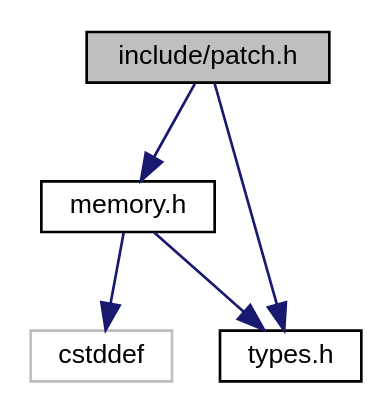
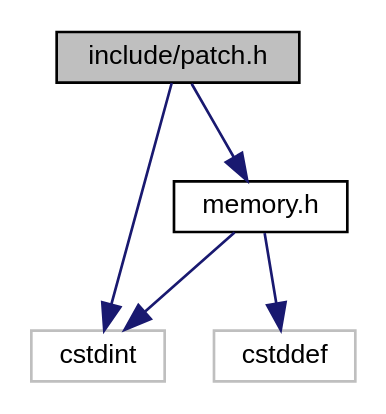
One commit to zsrtp/libtp_rel changed the diagram in docs/df/dd5/patch_8h__incl.dot. Above: the diagram before and after it, drawn with Graphviz. The commit also changed 476 other files, not shown here.

```diff
--- a/docs/df/dd5/patch_8h__incl.dot
+++ b/docs/df/dd5/patch_8h__incl.dot
@@ -1,14 +1,14 @@
 digraph "include/patch.h"
 {
  // LATEX_PDF_SIZE
   edge [fontname="Helvetica",fontsize="10",labelfontname="Helvetica",labelfontsize="10"];
   node [fontname="Helvetica",fontsize="10",shape=record];
   Node1 [label="include/patch.h",height=0.2,width=0.4,color="black", fillcolor="grey75", style="filled", fontcolor="black",tooltip="Useful for function hooking."];
   Node1 -> Node2 [color="midnightblue",fontsize="10",style="solid",fontname="Helvetica"];
-  Node2 [label="memory.h",height=0.2,width=0.4,color="black", fillcolor="white", style="filled",URL="$dc/d18/memory_8h.html",tooltip=" "];
-  Node2 -> Node3 [color="midnightblue",fontsize="10",style="solid",fontname="Helvetica"];
-  Node3 [label="cstddef",height=0.2,width=0.4,color="grey75", fillcolor="white", style="filled",tooltip=" "];
-  Node2 -> Node4 [color="midnightblue",fontsize="10",style="solid",fontname="Helvetica"];
-  Node4 [label="types.h",height=0.2,width=0.4,color="black", fillcolor="white", style="filled",URL="$d9/d49/types_8h.html",tooltip="Dolphin OS style types."];
-  Node1 -> Node4 [color="midnightblue",fontsize="10",style="solid",fontname="Helvetica"];
+  Node2 [label="cstdint",height=0.2,width=0.4,color="grey75", fillcolor="white", style="filled",tooltip=" "];
+  Node1 -> Node3 [color="midnightblue",fontsize="10",style="solid",fontname="Helvetica"];
+  Node3 [label="memory.h",height=0.2,width=0.4,color="black", fillcolor="white", style="filled",URL="$dc/d18/memory_8h.html",tooltip=" "];
+  Node3 -> Node4 [color="midnightblue",fontsize="10",style="solid",fontname="Helvetica"];
+  Node4 [label="cstddef",height=0.2,width=0.4,color="grey75", fillcolor="white", style="filled",tooltip=" "];
+  Node3 -> Node2 [color="midnightblue",fontsize="10",style="solid",fontname="Helvetica"];
 }
```
